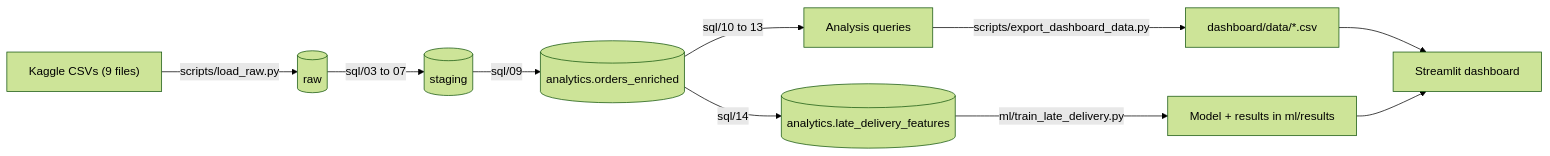
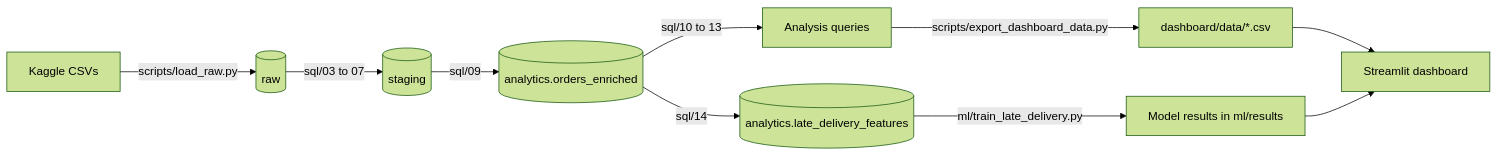
The diagram in README.md (jalsavani/olist-analytics), drawn with Mermaid (forest theme) before and after one commit. The commit also changed other lines of this file, not shown here.

````diff
--- a/README.md
+++ b/README.md
@@ -13,12 +13,12 @@
 ```mermaid
 flowchart LR
-  A["Kaggle CSVs (9 files)"] -->|"scripts/load_raw.py"| B[("raw")]
+  A["Kaggle CSVs"] -->|"scripts/load_raw.py"| B[("raw")]
   B -->|"sql/03 to 07"| C[("staging")]
   C -->|"sql/09"| D[("analytics.orders_enriched")]
   D -->|"sql/10 to 13"| G["Analysis queries"]
   G -->|"scripts/export_dashboard_data.py"| H["dashboard/data/*.csv"]
   H --> E["Streamlit dashboard"]
   D -->|"sql/14"| I[("analytics.late_delivery_features")]
-  I -->|"ml/train_late_delivery.py"| F["Model + results in ml/results"]
+  I -->|"ml/train_late_delivery.py"| F["Model results in ml/results"]
   F --> E
 ```
````
